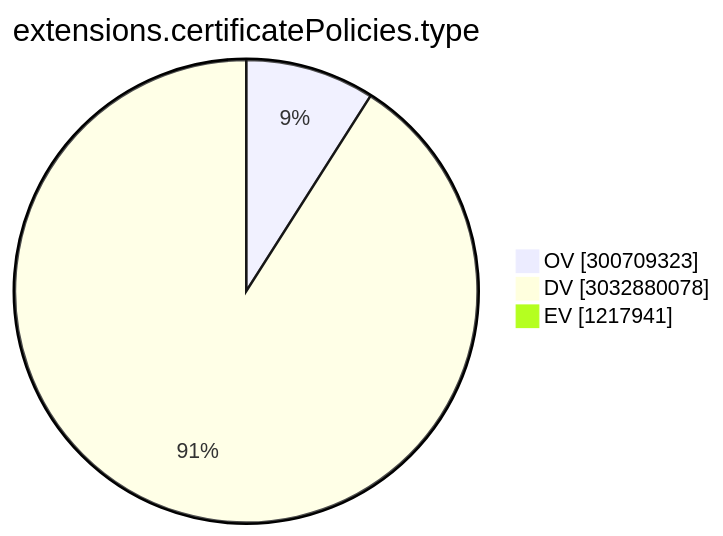
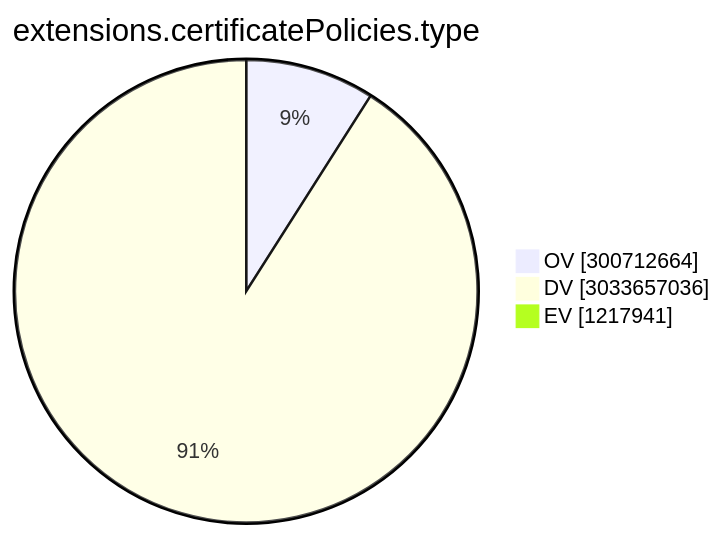
The ninth of 15 diagrams in TOTAL/README.md (christiankrug/ctmonitor_visualization), drawn with Mermaid before and after one commit. The commit also changed other lines of this file, not shown here.

````diff
--- a/TOTAL/README.md
+++ b/TOTAL/README.md
@@ -3102,7 +3102,7 @@
 ```mermaid
 pie showData
 title extensions.certificatePolicies.type
-"OV" :300709323
-"DV" :3032880078
+"OV" :300712664
+"DV" :3033657036
 "EV" :1217941
 ```
````
